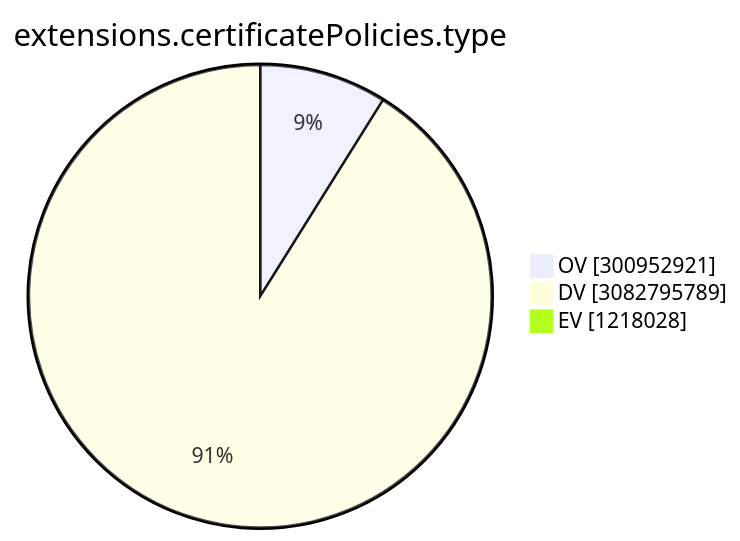
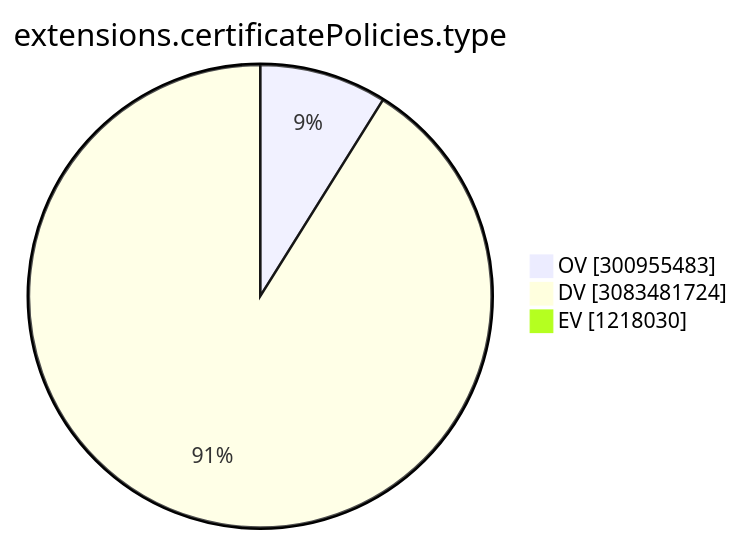
The ninth of 15 diagrams in TOTAL/README.md (christiankrug/ctmonitor_visualization), drawn with Mermaid before and after one commit. The commit also changed other lines of this file, not shown here.

````diff
--- a/TOTAL/README.md
+++ b/TOTAL/README.md
@@ -3103,7 +3103,7 @@
 ```mermaid
 pie showData
 title extensions.certificatePolicies.type
-"OV" :300952921
-"DV" :3082795789
-"EV" :1218028
+"OV" :300955483
+"DV" :3083481724
+"EV" :1218030
 ```
````
